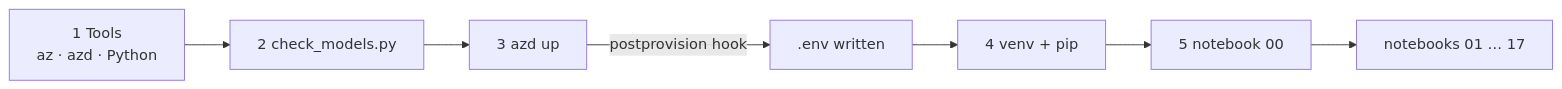
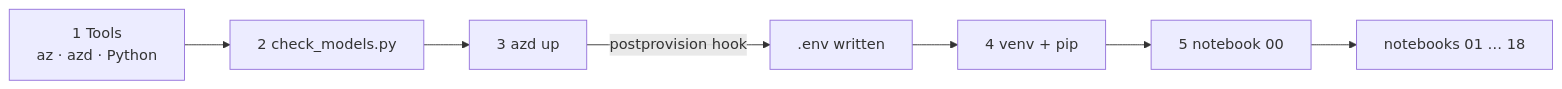
Before and after one commit to nampacx/MS-Foundry-from-0-to-hero: the first of 2 diagrams in docs/getting-started.md, drawn with Mermaid. The commit also changed other lines of this file and 58 other files, not shown here.

````diff
--- a/docs/getting-started.md
+++ b/docs/getting-started.md
@@ -17,9 +17,9 @@
 ```mermaid
 flowchart LR
   A[1 Tools<br/>az · azd · Python] --> B[2 check_models.py]
   B --> C[3 azd up]
   C -->|postprovision hook| D[.env written]
   D --> E[4 venv + pip]
   E --> F[5 notebook 00]
-  F --> G[notebooks 01 … 17]
+  F --> G[notebooks 01 … 18]
 ```
````
